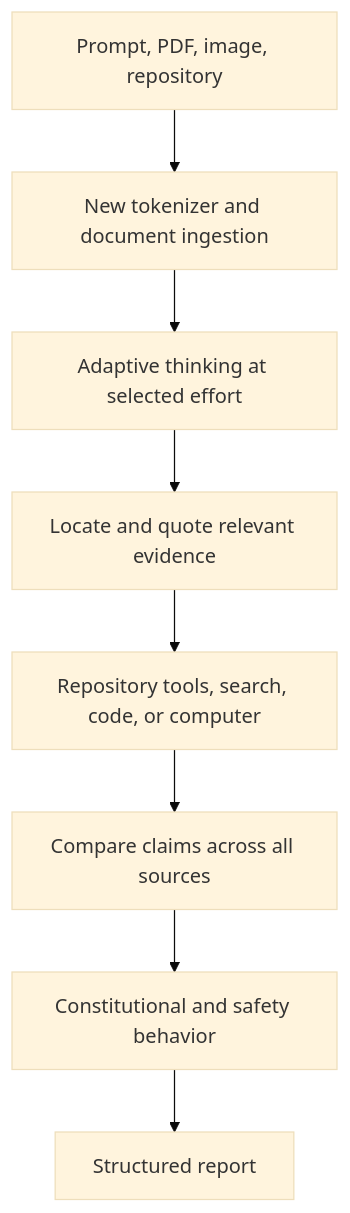
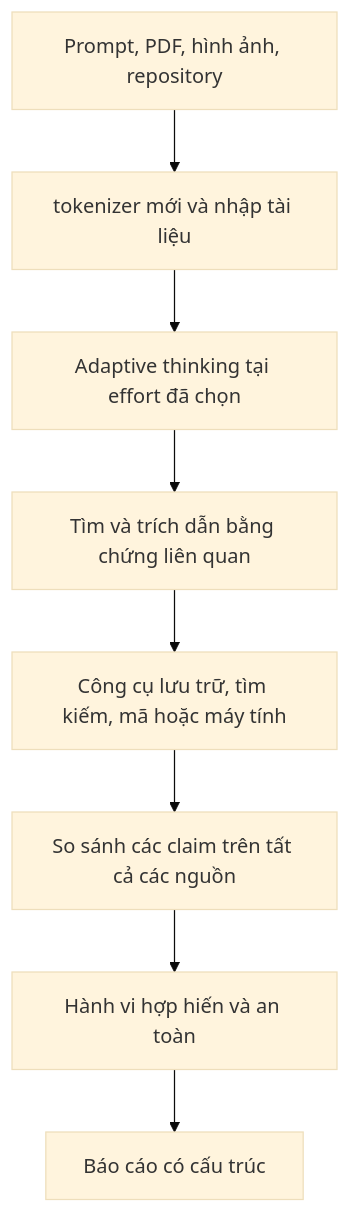
Before and after one commit to cycler04/VinRobotics-VLA: diagram 13 of 28 in docs/research_finding/01-gwen/broad_overview/LLM_VLM/recent_llm_overview.md, drawn with Mermaid (base theme). The commit also changed other lines of this file and 79 other files, not shown here.

````diff
--- a/docs/research_finding/01-gwen/broad_overview/LLM_VLM/recent_llm_overview.md
+++ b/docs/research_finding/01-gwen/broad_overview/LLM_VLM/recent_llm_overview.md
@@ -1076,10 +1076,10 @@
 ```mermaid
 flowchart TD
-    U[Prompt, PDF, image, repository] --> Tok[New tokenizer and document ingestion]
-    Tok --> Effort[Adaptive thinking at selected effort]
-    Effort --> Extract[Locate and quote relevant evidence]
-    Extract --> Tools[Repository tools, search, code, or computer]
-    Tools --> Compare[Compare claims across all sources]
-    Compare --> Constitution[Constitutional and safety behavior]
-    Constitution --> O[Structured report]
+    U[Prompt, PDF, hình ảnh, repository] --> Tok[tokenizer mới và nhập tài liệu]
+    Tok --> Effort[Adaptive thinking tại effort đã chọn]
+    Effort --> Extract[Tìm và trích dẫn bằng chứng liên quan]
+    Extract --> Tools[Công cụ lưu trữ, tìm kiếm, mã hoặc máy tính]
+    Tools --> Compare[So sánh các claim trên tất cả các nguồn]
+    Compare --> Constitution[Hành vi hợp hiến và an toàn]
+    Constitution --> O[Báo cáo có cấu trúc]
 ```
````
